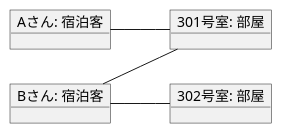
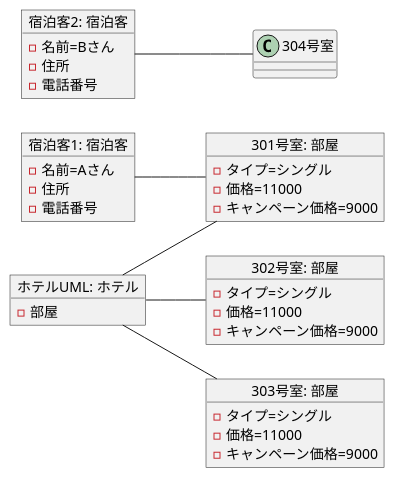
One commit to koha0516/uml-introduction changed the diagram in 演習3-5_OBJ_ホテル宿泊予約.pu. Above: the diagram before and after it, drawn with PlantUML. The commit also changed 1 other file, not shown here.

```diff
--- a/演習3-5_OBJ_ホテル宿泊予約.pu
+++ b/演習3-5_OBJ_ホテル宿泊予約.pu
@@ -1,14 +1,36 @@
 @startuml
 left to right direction
-object "Aさん: 宿泊客" as k2 {
+object "ホテルUML: ホテル" as ho {
+- 部屋
 }
-object "Bさん: 宿泊客" as k1 {
+object "宿泊客1: 宿泊客" as cu1 {
+- 名前=Aさん
+- 住所
+- 電話番号
 }
-object "301号室: 部屋" as car1 {
+object "宿泊客2: 宿泊客" as cu2 {
+- 名前=Bさん
+- 住所
+- 電話番号
 }
-object "302号室: 部屋" as car2 {
+object "301号室: 部屋" as ro1 {
+- タイプ=シングル
+- 価格=11000
+- キャンペーン価格=9000
 }
-k1 -- car1
-k1 -- car2
-k2 -- car1
+object "302号室: 部屋" as ro2 {
+- タイプ=シングル
+- 価格=11000
+- キャンペーン価格=9000
+}
+object "303号室: 部屋" as ro3 {
+- タイプ=シングル
+- 価格=11000
+- キャンペーン価格=9000
+}
+ho -- ro1
+ho -- ro2
+ho -- ro3
+cu1 -- ro1
+cu2 -- 304号室
 @enduml
```
